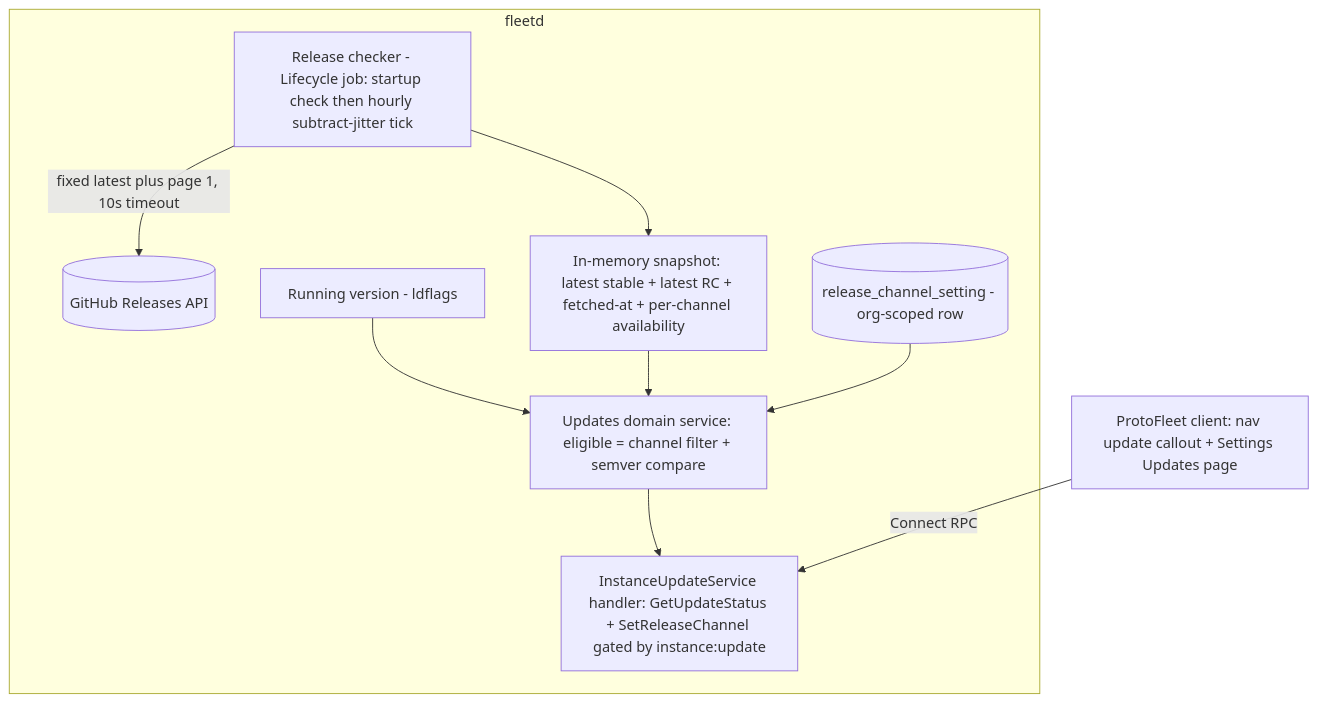
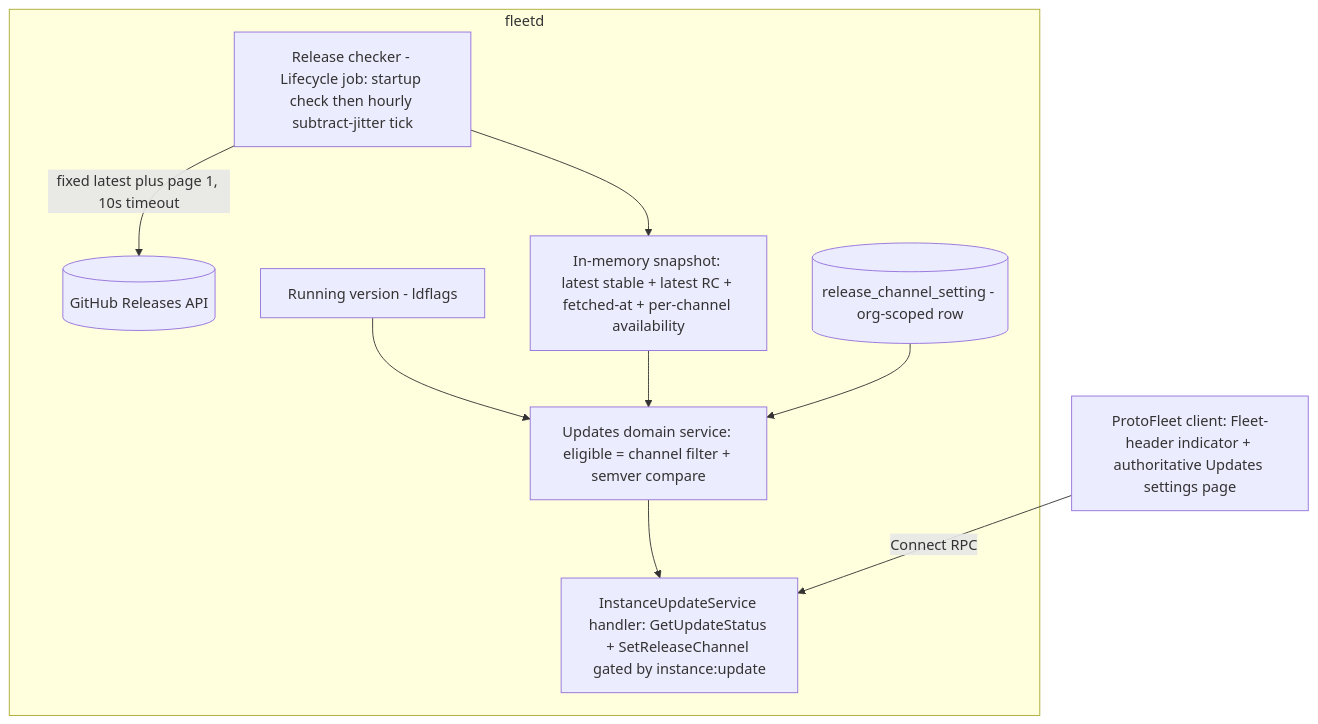
The second of 2 diagrams in docs/plans/2026-07-27-001-feat-release-update-notifications-plan.md (block/proto-fleet), drawn with Mermaid before and after one commit. The commit also changed other lines of this file and 29 other files, not shown here.

````diff
--- a/docs/plans/2026-07-27-001-feat-release-update-notifications-plan.md
+++ b/docs/plans/2026-07-27-001-feat-release-update-notifications-plan.md
@@ -183,13 +192,13 @@
 ```mermaid
 flowchart TB
   G[(GitHub Releases API)]
   subgraph fleetd
     C[Release checker - Lifecycle job: startup check then hourly subtract-jitter tick] -->|fixed latest plus page 1, 10s timeout| G
     C --> K[In-memory snapshot: latest stable + latest RC + fetched-at + per-channel availability]
     V[Running version - ldflags] --> SVC[Updates domain service: eligible = channel filter + semver compare]
     K --> SVC
     DB[(release_channel_setting - org-scoped row)] --> SVC
     SVC --> H[InstanceUpdateService handler: GetUpdateStatus + SetReleaseChannel gated by instance:update]
   end
-  B[ProtoFleet client: nav update callout + Settings Updates page] -->|Connect RPC| H
+  B[ProtoFleet client: Fleet-header indicator + authoritative Updates settings page] -->|Connect RPC| H
 ```
````
